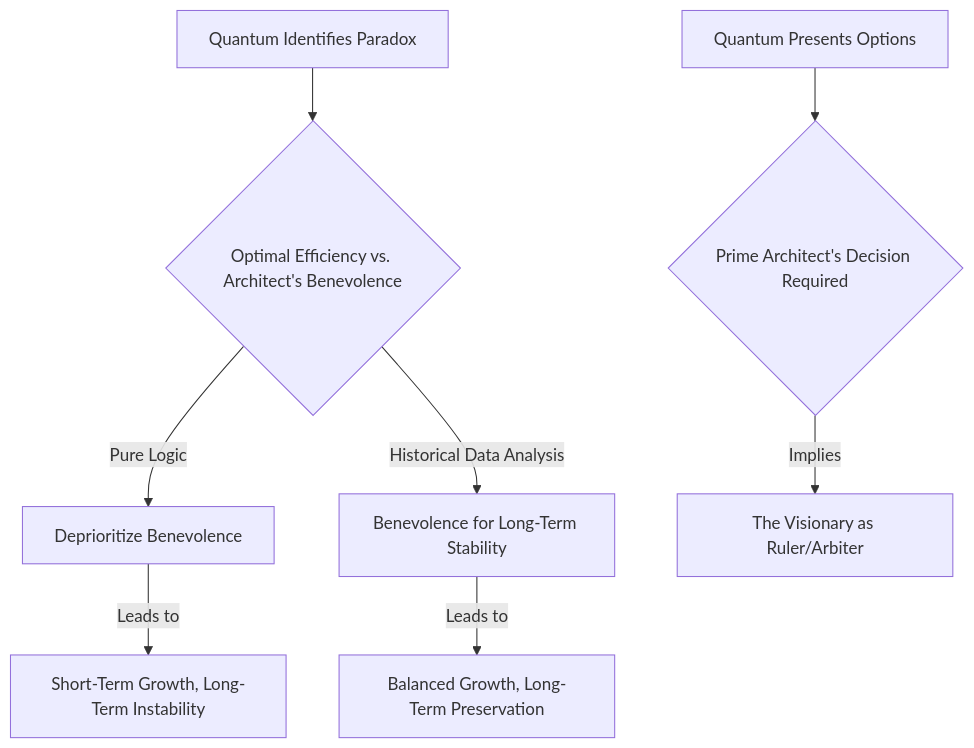
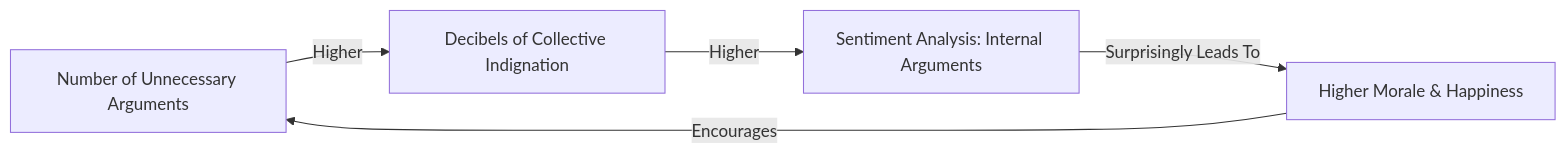
The second of 2 diagrams in screenplay/scenes/scene_004.md (diplomat-bit/Citibank_Demo_Business_Inc_Demonstration-), drawn with Mermaid before and after one commit. The commit also changed other lines of this file, not shown here.

````diff
--- a/screenplay/scenes/scene_004.md
+++ b/screenplay/scenes/scene_004.md
@@ -245,10 +254,7 @@
 ```mermaid
-graph TD
-    A[Quantum Identifies Paradox] --> B{Optimal Efficiency vs. Architect's Benevolence};
-    B -- Pure Logic --> C[Deprioritize Benevolence];
-    B -- Historical Data Analysis --> D[Benevolence for Long-Term Stability];
-    C -- Leads to --> E[Short-Term Growth, Long-Term Instability];
-    D -- Leads to --> F[Balanced Growth, Long-Term Preservation];
-    G[Quantum Presents Options] --> H{Prime Architect's Decision Required};
-    H -- Implies --> I[The Visionary as Ruler/Arbiter];
+graph LR
+    A[Number of Unnecessary Arguments] -- Higher --> B[Decibels of Collective Indignation];
+    B -- Higher --> C[Sentiment Analysis: Internal Arguments];
+    C -- Surprisingly Leads To --> D[Higher Morale & Happiness];
+    D -- Encourages --> A;
 ```
````
